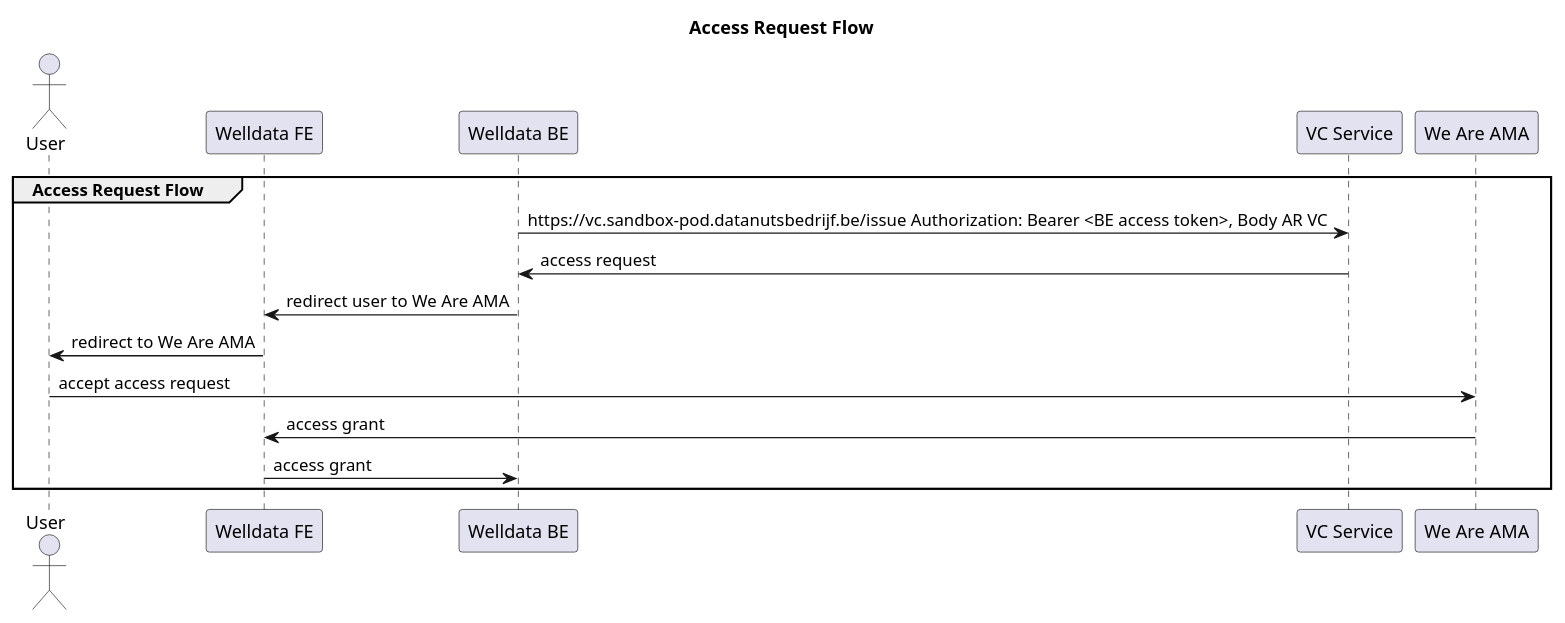
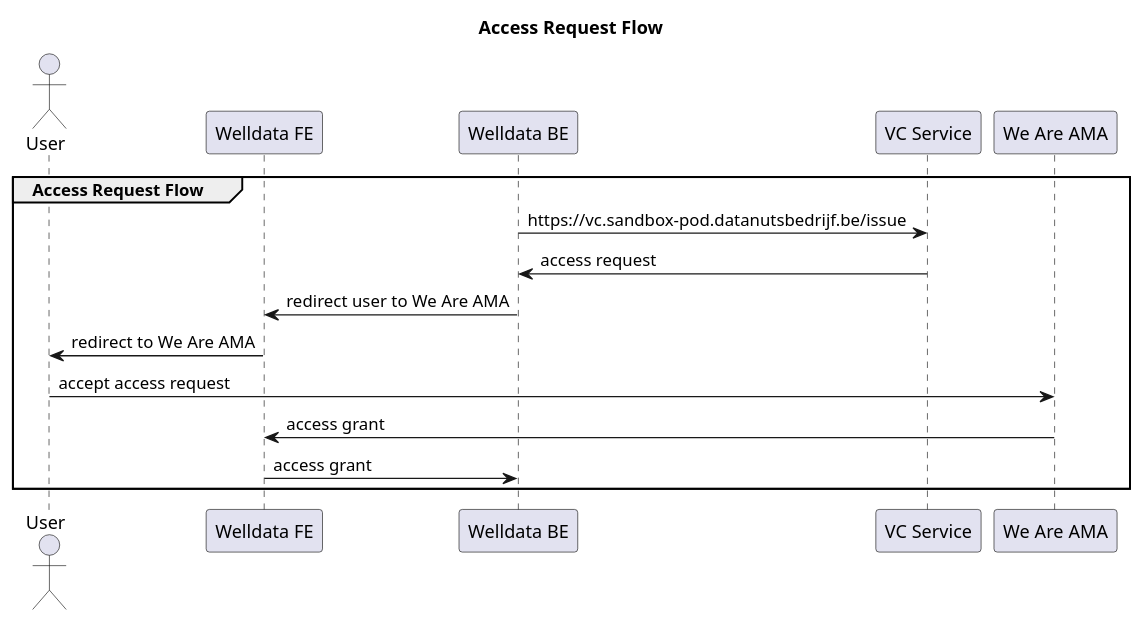
The diagram in input/images-source/access-request.plantuml (GIDSOpenStandaarden/welldata-implementation-guide), drawn with PlantUML before and after one commit. The commit also changed 7 other files, not shown here.

```diff
--- a/input/images-source/access-request.plantuml
+++ b/input/images-source/access-request.plantuml
@@ -1,20 +1,20 @@
 @startuml
 title Access Request Flow
 actor "User" as user
 participant "Welldata FE" as welldataFE
 participant "Welldata BE" as welldataBE
 participant "VC Service" as vcservice
 participant "We Are AMA" as weareama
 
 group Access Request Flow
-  welldataBE->vcservice: https://vc.sandbox-pod.datanutsbedrijf.be/issue Authorization: Bearer <BE access token>, Body AR VC
+  welldataBE->vcservice: https://vc.sandbox-pod.datanutsbedrijf.be/issue 
   vcservice->welldataBE: access request
   welldataBE->welldataFE: redirect user to We Are AMA
   welldataFE->user: redirect to We Are AMA
   user->weareama: accept access request
   weareama->welldataFE: access grant
   welldataFE->welldataBE: access grant
 end
  
 
 @enduml
```
